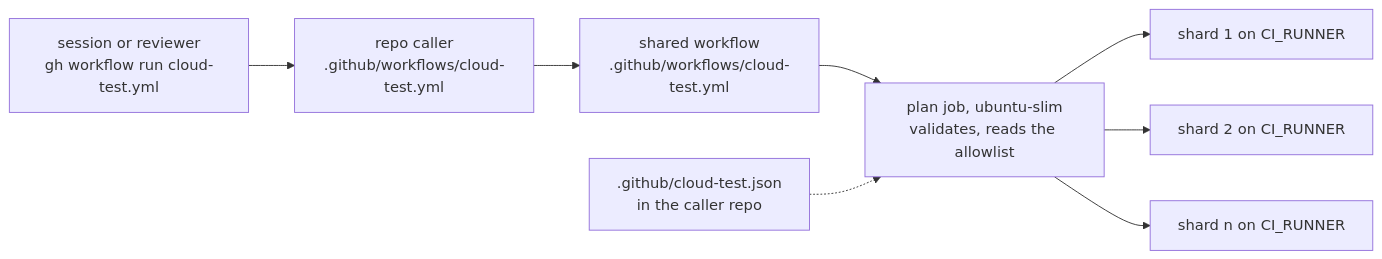
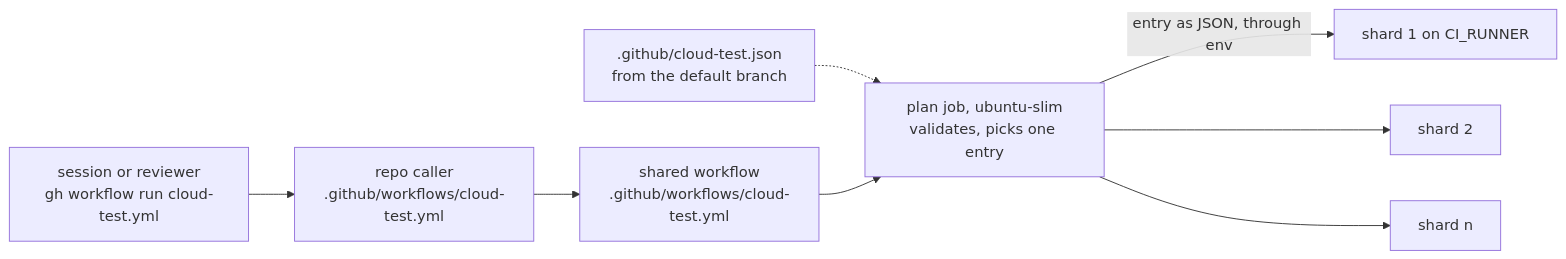
The diagram in cloud-test/README.md (Colorado-Startups/.github), drawn with Mermaid before and after one commit. The commit also changed other lines of this file and 5 other files, not shown here.

First line of the commit message:
cloud-test: allowlist from the default branch, read-only caches, standard runners only

````diff
--- a/cloud-test/README.md
+++ b/cloud-test/README.md
@@ -7,10 +9,10 @@
 ```mermaid
 flowchart LR
   S["session or reviewer<br/>gh workflow run cloud-test.yml"] --> C["repo caller<br/>.github/workflows/cloud-test.yml"]
   C --> W["shared workflow<br/>.github/workflows/cloud-test.yml"]
-  W --> P["plan job, ubuntu-slim<br/>validates, reads the allowlist"]
-  P --> R1["shard 1 on CI_RUNNER"]
-  P --> R2["shard 2 on CI_RUNNER"]
-  P --> RN["shard n on CI_RUNNER"]
-  A[".github/cloud-test.json<br/>in the caller repo"] -.-> P
+  A[".github/cloud-test.json<br/>from the default branch"] -.-> P
+  W --> P["plan job, ubuntu-slim<br/>validates, picks one entry"]
+  P -->|"entry as JSON, through env"| R1["shard 1 on CI_RUNNER"]
+  P --> R2["shard 2"]
+  P --> RN["shard n"]
 ```
````
